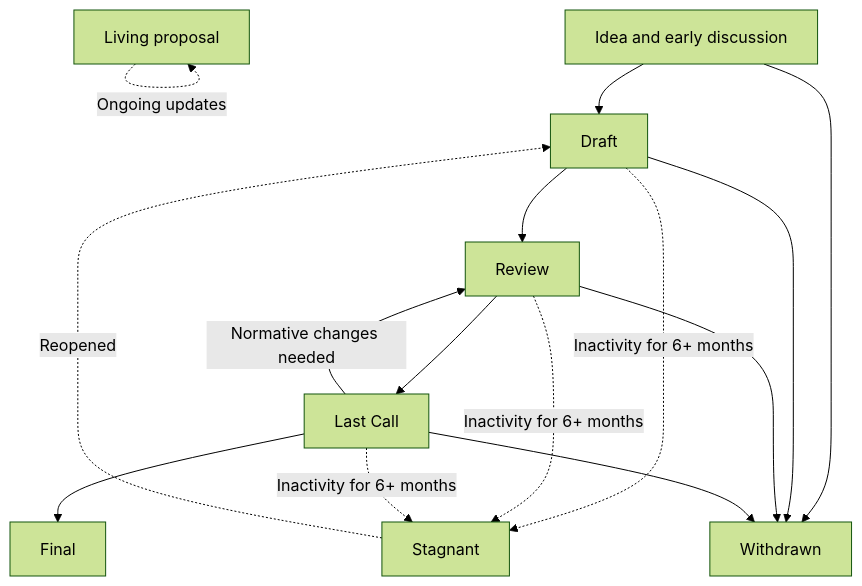
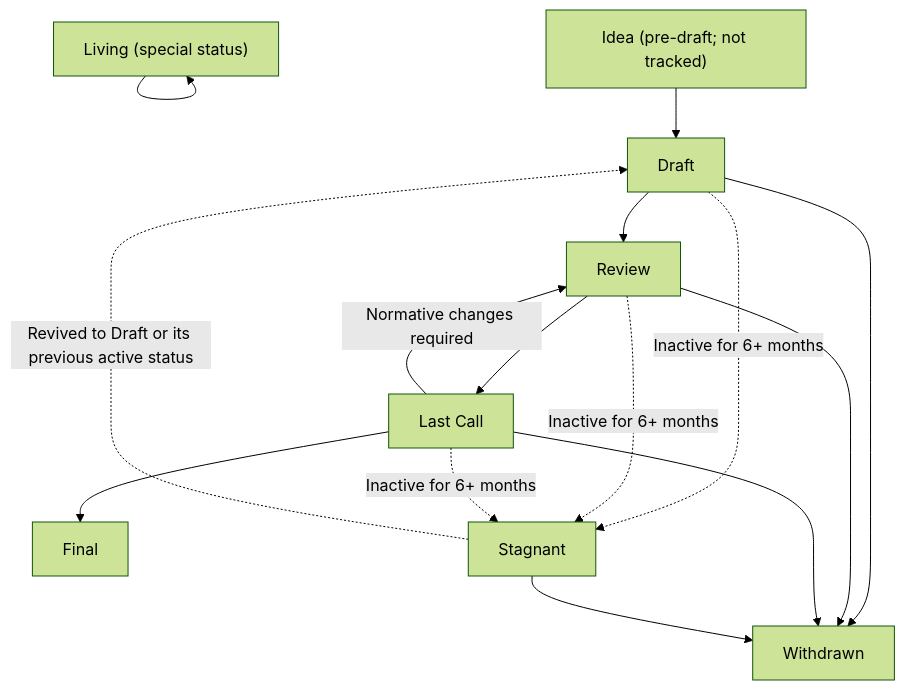
Before and after one commit to 0xSix9/Ethereum-EIPs-ERCs: the second of 2 diagrams in 00-Introduction/what-are-eips-and-ercs.md, drawn with Mermaid (forest theme). The commit also changed other lines of this file, not shown here.

Commit message:
docs: clarify EIP types and proposal lifecycle

````diff
--- a/00-Introduction/what-are-eips-and-ercs.md
+++ b/00-Introduction/what-are-eips-and-ercs.md
@@ -146,17 +148,17 @@
 ```mermaid
 flowchart TD
-    A[Idea and early discussion] --> B[Draft]
+    A["Idea (pre-draft; not tracked)"] --> B[Draft]
     B --> C[Review]
     C --> D[Last Call]
     D --> E[Final]
-    D -- Normative changes needed --> C
-    B -. Inactivity for 6+ months .-> F[Stagnant]
-    C -. Inactivity for 6+ months .-> F
-    D -. Inactivity for 6+ months .-> F
-    F -. Reopened .-> B
-    A --> G[Withdrawn]
-    B --> G
+    D -- "Normative changes required" --> C
+    B -. "Inactive for 6+ months" .-> F[Stagnant]
+    C -. "Inactive for 6+ months" .-> F
+    D -. "Inactive for 6+ months" .-> F
+    F -. "Revived to Draft or its previous active status" .-> B
+    B --> G[Withdrawn]
     C --> G
     D --> G
-    H[Living proposal] -. Ongoing updates .-> H
+    F --> G
+    H["Living (special status)"] --> H
 ```
````
